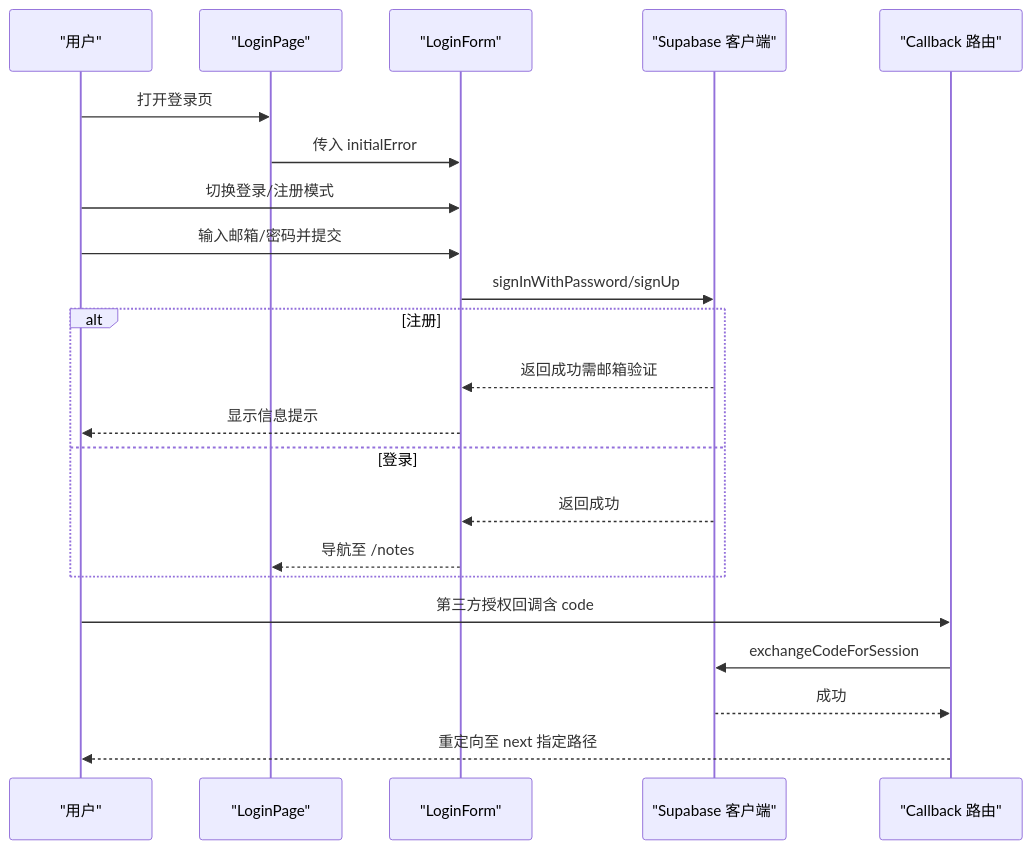
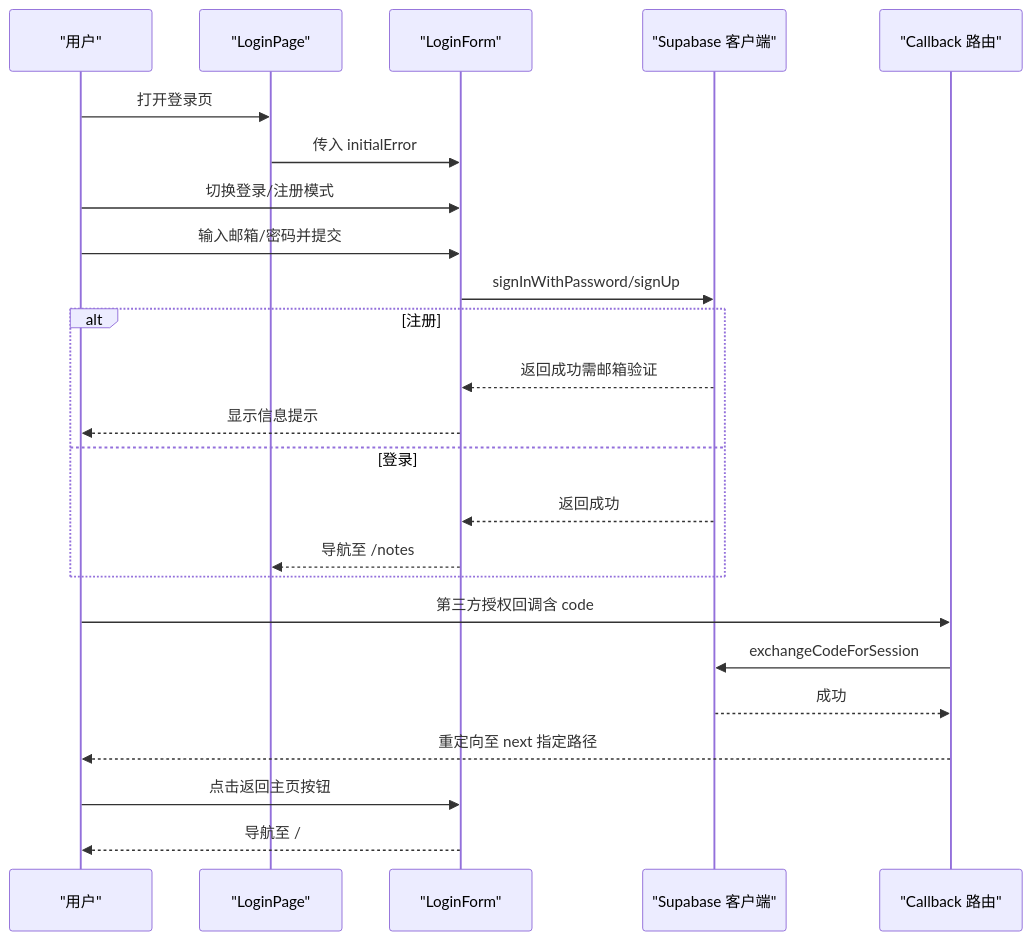
One commit to qiuziGirl/smart-todo changed the second of 5 diagrams in .qoder/repowiki/zh/content/用户认证系统/认证组件.md. Above: the diagram before and after it, drawn with Mermaid. The commit also changed other lines of this file and 8 other files, not shown here.

````diff
--- a/.qoder/repowiki/zh/content/用户认证系统/认证组件.md
+++ b/.qoder/repowiki/zh/content/用户认证系统/认证组件.md
@@ -138,24 +142,26 @@
 ```mermaid
 sequenceDiagram
 participant U as "用户"
 participant P as "LoginPage"
 participant F as "LoginForm"
 participant S as "Supabase 客户端"
 participant C as "Callback 路由"
 U->>P : 打开登录页
 P->>F : 传入 initialError
 U->>F : 切换登录/注册模式
 U->>F : 输入邮箱/密码并提交
 F->>S : signInWithPassword/signUp
 alt 注册
 S-->>F : 返回成功需邮箱验证
 F-->>U : 显示信息提示
 else 登录
 S-->>F : 返回成功
 F-->>P : 导航至 /notes
 end
 U->>C : 第三方授权回调含 code
 C->>S : exchangeCodeForSession
 S-->>C : 成功
 C-->>U : 重定向至 next 指定路径
+U->>F : 点击返回主页按钮
+F-->>U : 导航至 /
 ```
````
